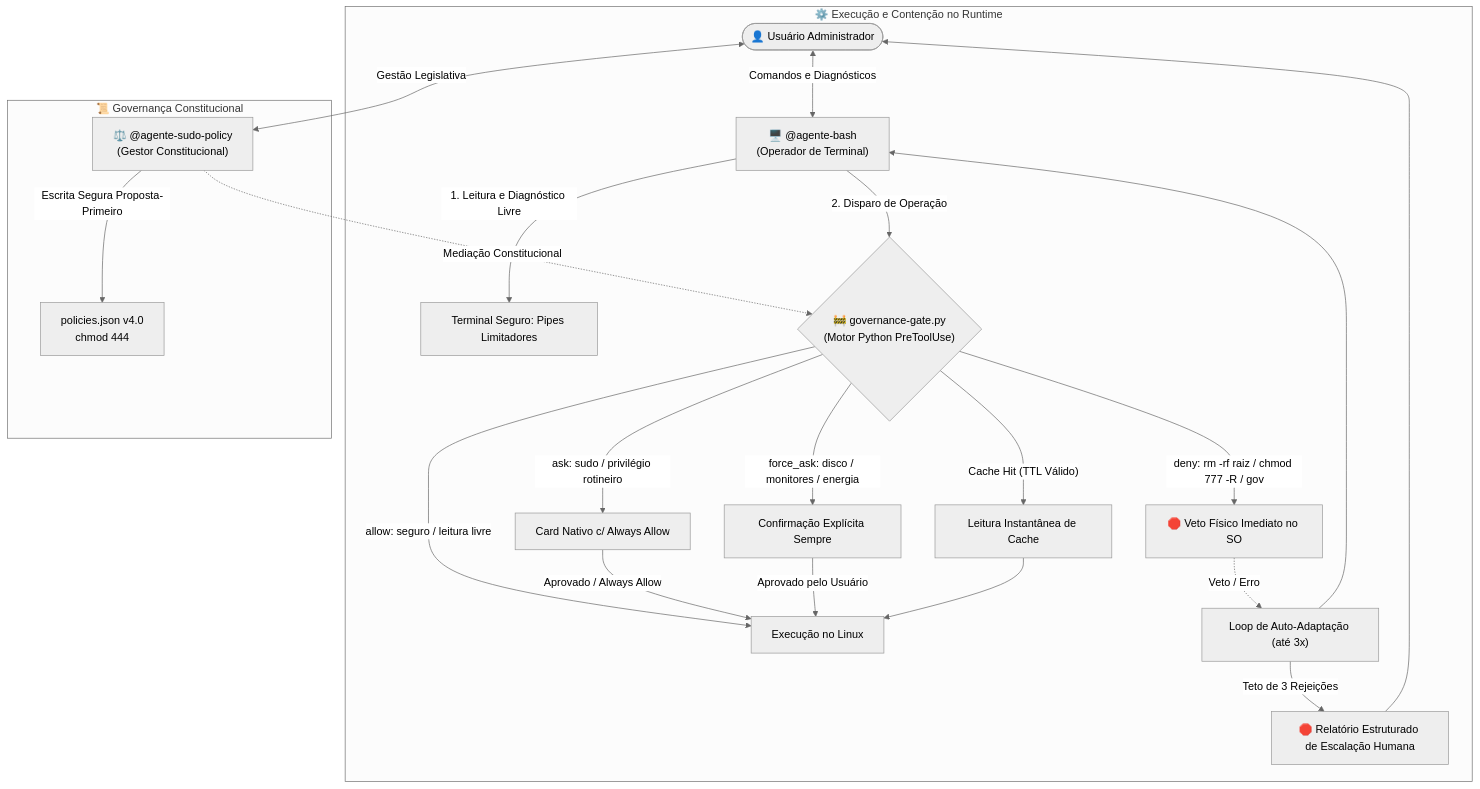
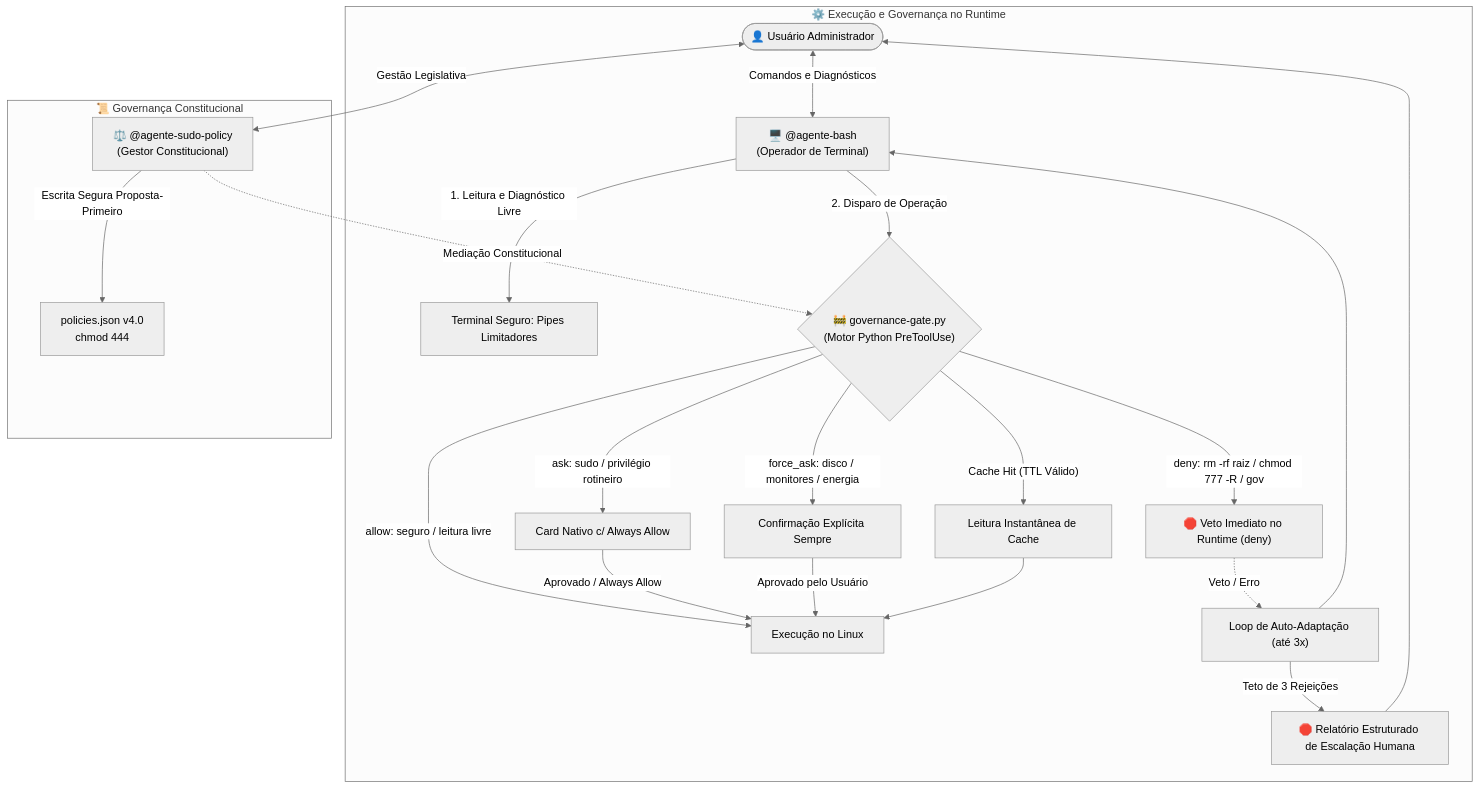
Before and after one commit to nickarab/bash-sudo-agents: the diagram in README.md, drawn with Mermaid (neutral theme). The commit also changed other lines of this file and 11 other files, not shown here.

````diff
--- a/README.md
+++ b/README.md
@@ -57,30 +73,30 @@
 ```mermaid
 flowchart TD
     User(["👤 Usuário Administrador"]) <-->|"Comandos e Diagnósticos"| Bash["🖥️ @agente-bash<br/>(Operador de Terminal)"]
     
-    subgraph Sandbox["⚙️ Execução e Contenção no Runtime"]
+    subgraph Governed["⚙️ Execução e Governança no Runtime"]
         Bash -->|"1. Leitura e Diagnóstico Livre"| TermBash["Terminal Seguro: Pipes Limitadores"]
         Bash -->|"2. Disparo de Operação"| Gate{"🚧 governance-gate.py<br/>(Motor Python PreToolUse)"}
         
         Gate -->|"Cache Hit (TTL Válido)"| CacheRead["Leitura Instantânea de Cache"]
         Gate -->|"allow: seguro / leitura livre"| OSExec["Execução no Linux"]
         Gate -->|"ask: sudo / privilégio rotineiro"| AskGrant["Card Nativo c/ Always Allow"]
         Gate -->|"force_ask: disco / monitores / energia"| PromptUser["Confirmação Explícita Sempre"]
-        Gate -->|"deny: rm -rf raiz / chmod 777 -R / gov"| HardBlock["🛑 Veto Físico Imediato no SO"]
+        Gate -->|"deny: rm -rf raiz / chmod 777 -R / gov"| HardBlock["🛑 Veto Imediato no Runtime (deny)"]
         
         HardBlock -.->|"Veto / Erro"| LoopAdapt["Loop de Auto-Adaptação (até 3x)"]
         LoopAdapt --> Bash
         LoopAdapt -->|"Teto de 3 Rejeições"| Escalation["🛑 Relatório Estruturado de Escalação Humana"]
         Escalation --> User
         
         AskGrant -->|"Aprovado / Always Allow"| OSExec
         PromptUser -->|"Aprovado pelo Usuário"| OSExec
         CacheRead --> OSExec
     end
     
     subgraph Governance["📜 Governança Constitucional"]
         User <-->|"Gestão Legislativa"| Policy["⚖️ @agente-sudo-policy<br/>(Gestor Constitucional)"]
         Policy -.->|"Mediação Constitucional"| Gate
         Policy -->|"Escrita Segura Proposta-Primeiro"| PoliciesFile["policies.json v4.0<br/>chmod 444"]
     end
 ```
````
